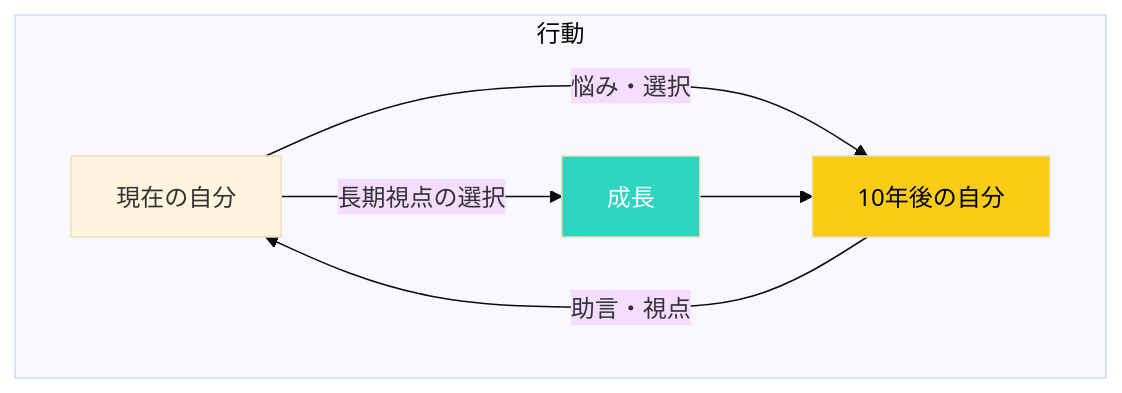
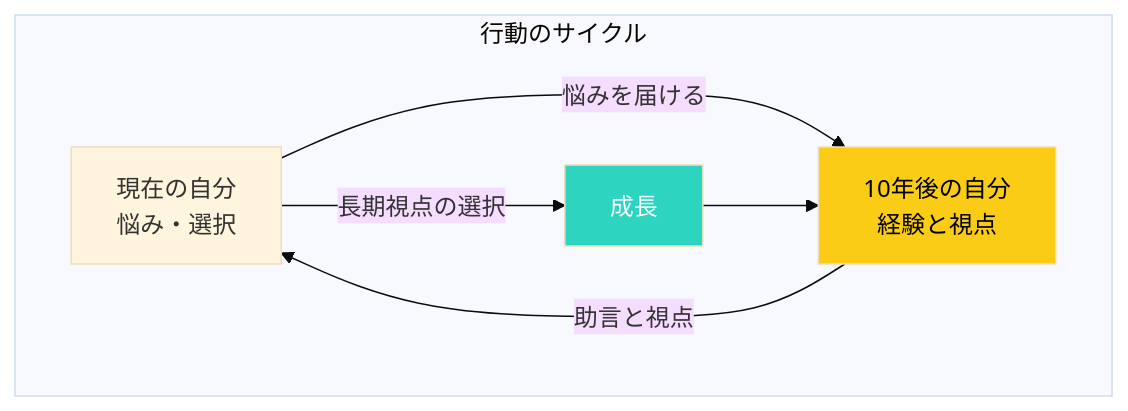
One commit to tndg16-bot/portfolio-site changed the diagram in content/blog/184-future-self.md. Above: the diagram before and after it, drawn with Mermaid (base theme). The commit also changed other lines of this file and 19 other files, not shown here.

````diff
--- a/content/blog/184-future-self.md
+++ b/content/blog/184-future-self.md
@@ -24,16 +25,16 @@
 ```mermaid
 graph TD
-    Present[現在の自分]
-    Future[10年後の自分]
+    Present[現在の自分<br>悩み・選択]
+    Future[10年後の自分<br>経験と視点]
     
-    Present -- 悩み・選択 --> Future
-    Future -- 助言・視点 --> Present
+    Present -- 悩みを届ける --> Future
+    Future -- 助言と視点 --> Present
     
-    subgraph Action[行動]
+    subgraph Action[行動のサイクル]
     Present -->|長期視点の選択| Growth[成長]
     Growth --> Future
     end
     
     style Future fill:#facc15,color:#000
     style Growth fill:#2dd4bf,color:#fff
 ```
````
